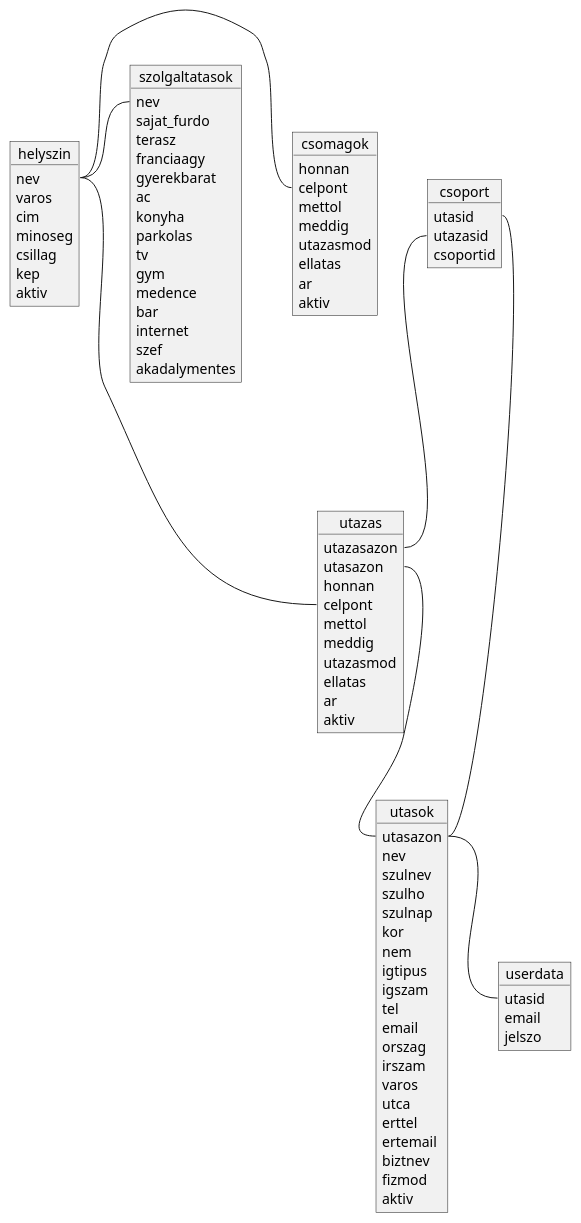
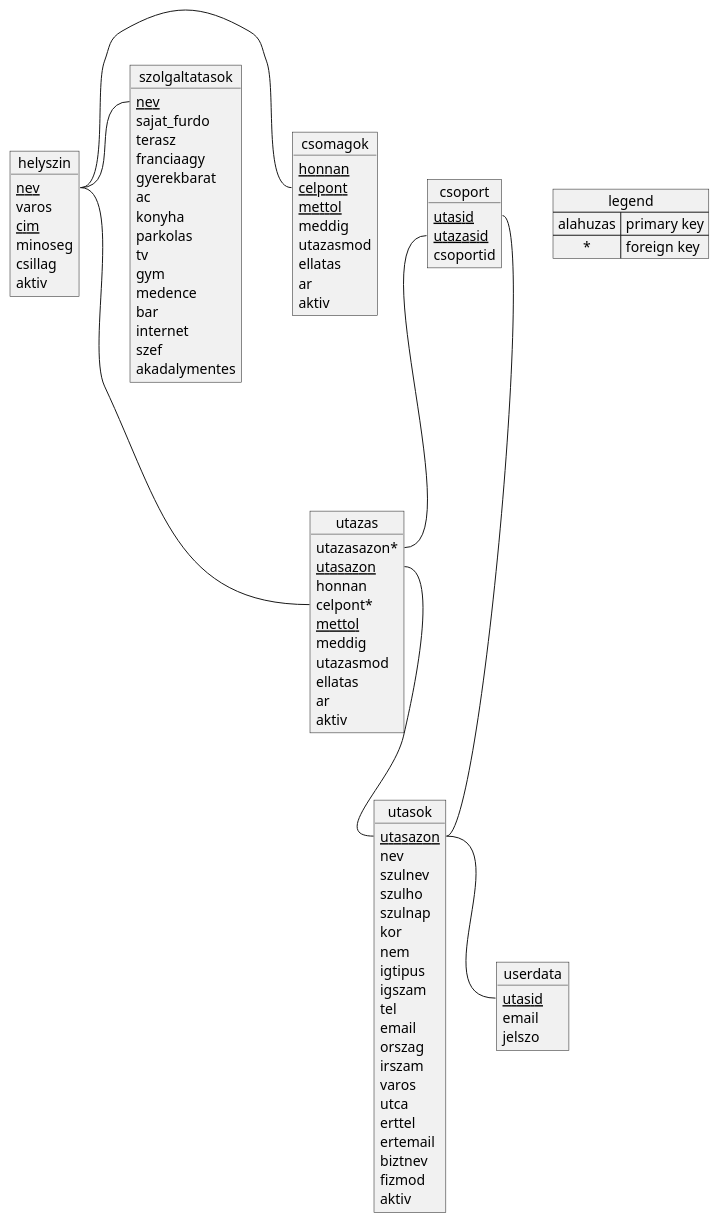
The diagram in dokumentáció/database/database.puml (PeacefulAvocado/JourneyMasters), drawn with PlantUML before and after one commit. The commit also changed 48 other files, not shown here.

```diff
--- a/dokumentáció/database/database.puml
+++ b/dokumentáció/database/database.puml
@@ -1,103 +1,107 @@
 @startuml Database-structure
 
 
 
 object utasok{
-    utasazon
+   <u>utasazon
     nev
     szulnev
     szulho
     szulnap
     kor
     nem
     igtipus
     igszam
     tel
     email
     orszag
     irszam
     varos
     utca
     erttel
     ertemail
     biztnev
     fizmod
     aktiv
 }
 
 object utazas{
-    utazasazon
-    utasazon
+    utazasazon*
+    <u>utasazon
     honnan
-    celpont
-    mettol
+    celpont*
+    <u>mettol
     meddig
     utazasmod
     ellatas
     ar
     aktiv
 
 }
 
 object userdata {
-    utasid
+    <u>utasid
     email
     jelszo
 }
 
 object csoport{
-    utasid
-    utazasid
+    <u>utasid
+    <u>utazasid
     csoportid
 }
 
 object helyszin {
-    nev
+    <u>nev
     varos
-    cim
+    <u>cim
     minoseg
     csillag
-    kep
     aktiv
 }
 
 object csomagok {
-    honnan
-    celpont
-    mettol
+    <u>honnan
+    <u>celpont
+    <u>mettol
     meddig
     utazasmod
     ellatas
     ar
     aktiv
 }
 
 object szolgaltatasok {
-    nev
+    <u>nev
     sajat_furdo
     terasz
     franciaagy
     gyerekbarat
     ac
     konyha
     parkolas
     tv
     gym
     medence
     bar
     internet
     szef
     akadalymentes
 }
 
 
 utasok::utasazon -up- utazas::utasazon
 utasok::utasazon -right- userdata::utasid
 csoport::utasid -right- utasok::utasazon
 csoport::utazasid --- utazas::utazasazon
 helyszin::nev --- utazas::celpont
 csomagok::celpont -left- helyszin::nev
 szolgaltatasok::nev -left- helyszin::nev
 
+map legend {
+    alahuzas => primary key
+    * => foreign key
+     
+}
 
 @enduml
```
